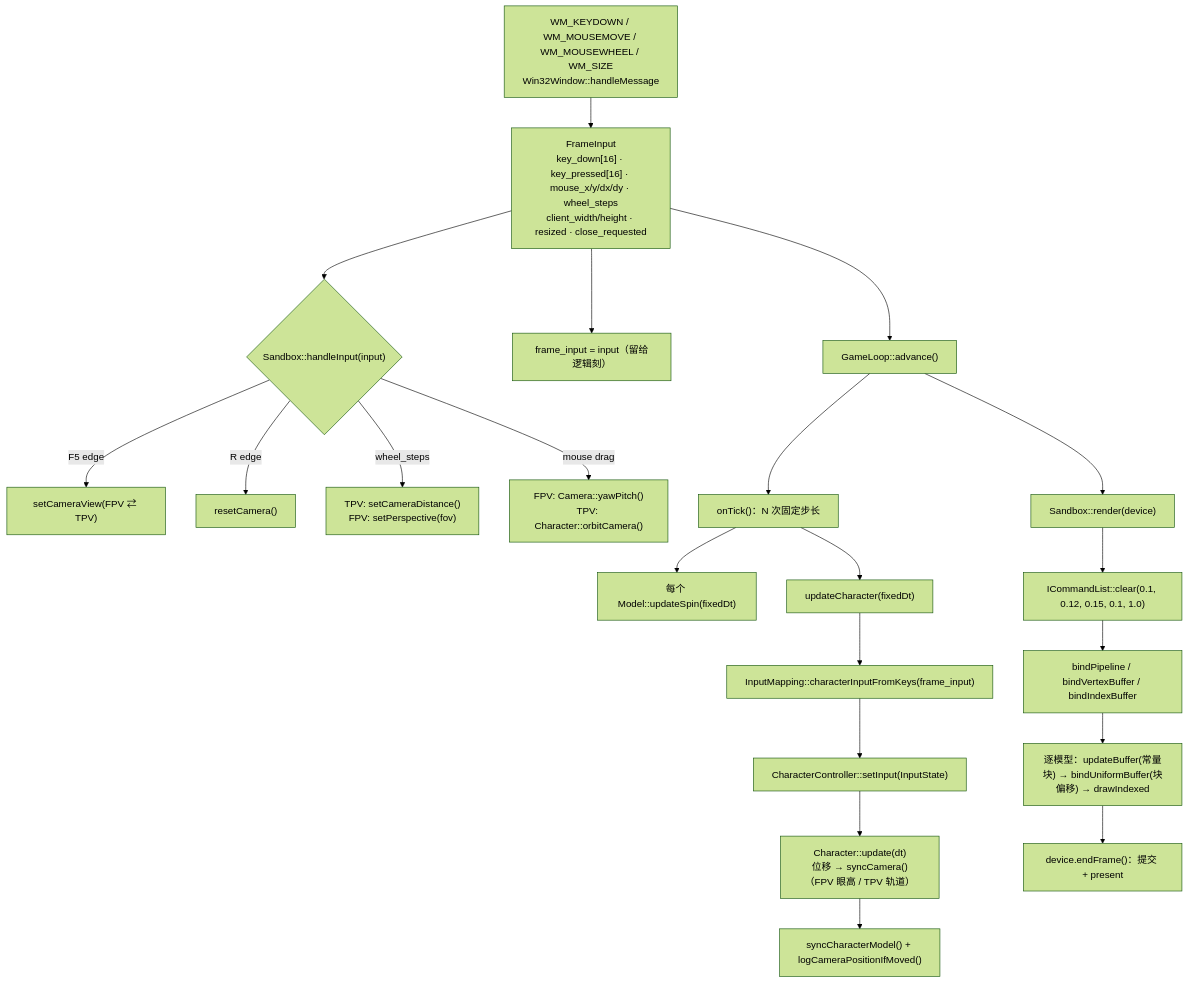
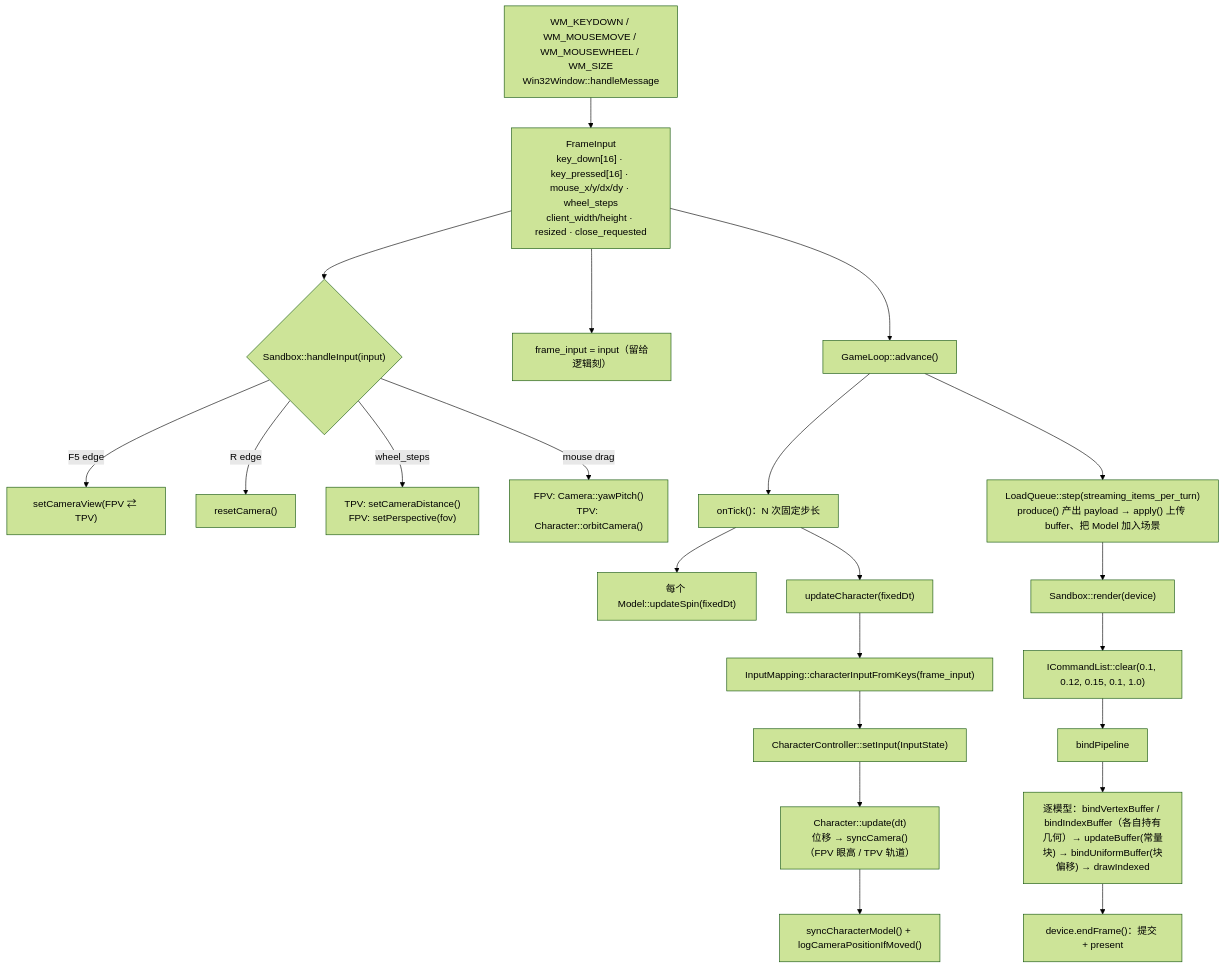
Before and after one commit to Setvia/stv3d-lab: the fifth of 14 diagrams in ARCHITECTURE.md, drawn with Mermaid (forest theme). The commit also changed other lines of this file and 9 other files, not shown here.

First line of the commit message:
engine: staged load queue, so the scene no longer waits for everything before the loop

````diff
--- a/ARCHITECTURE.md
+++ b/ARCHITECTURE.md
@@ -277,23 +282,24 @@
 ```mermaid
 flowchart TB
     A["WM_KEYDOWN / WM_MOUSEMOVE / WM_MOUSEWHEEL / WM_SIZE<br/>Win32Window::handleMessage"] --> B["FrameInput<br/>key_down[16] · key_pressed[16] · mouse_x/y/dx/dy · wheel_steps<br/>client_width/height · resized · close_requested"]
     B --> C{"Sandbox::handleInput(input)"}
     C -->|F5 edge| D["setCameraView(FPV ⇄ TPV)"]
     C -->|R edge| E["resetCamera()"]
     C -->|wheel_steps| F["TPV: setCameraDistance()<br/>FPV: setPerspective(fov)"]
     C -->|mouse drag| G["FPV: Camera::yawPitch()<br/>TPV: Character::orbitCamera()"]
     B --> H["frame_input = input（留给逻辑刻）"]
     B --> I["GameLoop::advance()"]
     I --> J["onTick()：N 次固定步长"]
     J --> K["每个 Model::updateSpin(fixedDt)"]
     J --> L["updateCharacter(fixedDt)"]
     L --> M["InputMapping::characterInputFromKeys(frame_input)"]
     M --> N["CharacterController::setInput(InputState)"]
     N --> O["Character::update(dt)<br/>位移 → syncCamera()（FPV 眼高 / TPV 轨道）"]
     O --> P["syncCharacterModel() + logCameraPositionIfMoved()"]
-    I --> Q["Sandbox::render(device)"]
+    I --> Q2["LoadQueue::step(streaming_items_per_turn)<br/>produce() 产出 payload → apply() 上传 buffer、把 Model 加入场景"]
+    Q2 --> Q["Sandbox::render(device)"]
     Q --> R["ICommandList::clear(0.1, 0.12, 0.15, 0.1, 1.0)"]
-    R --> S["bindPipeline / bindVertexBuffer / bindIndexBuffer"]
-    S --> T["逐模型：updateBuffer(常量块) → bindUniformBuffer(块偏移) → drawIndexed"]
+    R --> S["bindPipeline"]
+    S --> T["逐模型：bindVertexBuffer / bindIndexBuffer（各自持有几何）→ updateBuffer(常量块) → bindUniformBuffer(块偏移) → drawIndexed"]
     T --> U["device.endFrame()：提交 + present"]
 ```
````
